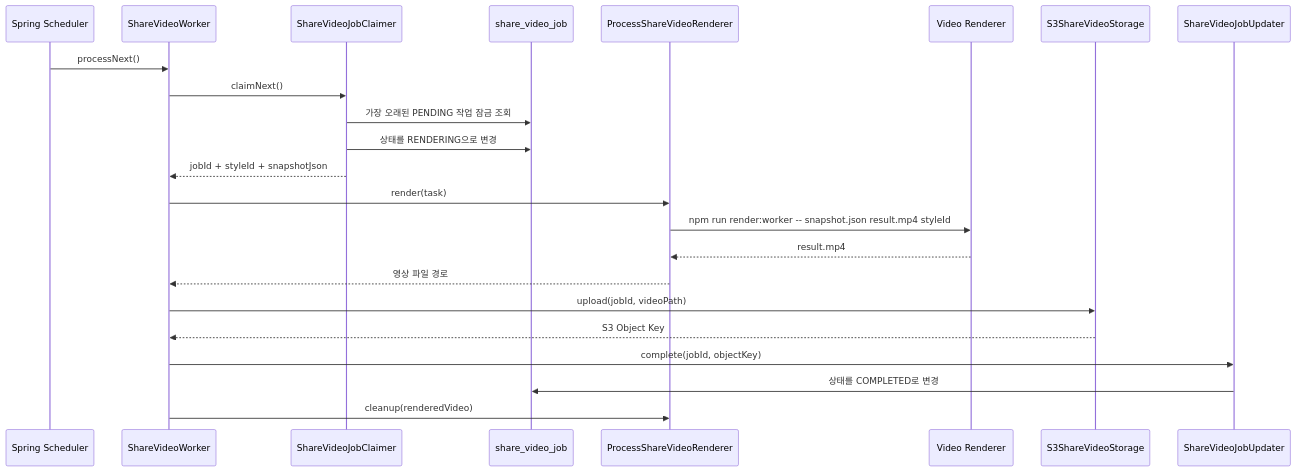
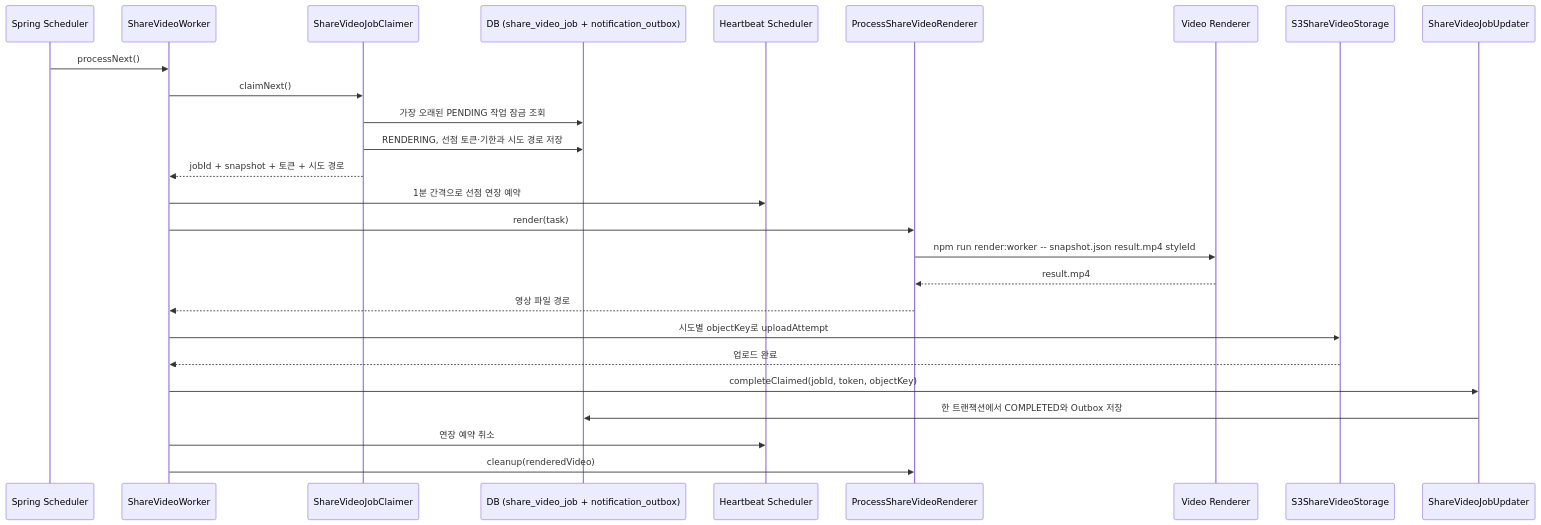
One commit to woowacourse-teams/2026-Mapmory changed the first of 3 diagrams in backend/docs/share-video-timeline.md. Above: the diagram before and after it, drawn with Mermaid. The commit also changed other lines of this file and 10 other files, not shown here.

````diff
--- a/backend/docs/share-video-timeline.md
+++ b/backend/docs/share-video-timeline.md
@@ -188,26 +188,29 @@
 ```mermaid
 sequenceDiagram
     participant Scheduler as Spring Scheduler
     participant Worker as ShareVideoWorker
     participant Claimer as ShareVideoJobClaimer
-    participant DB as share_video_job
+    participant DB as DB (share_video_job + notification_outbox)
+    participant Heartbeat as Heartbeat Scheduler
     participant Renderer as ProcessShareVideoRenderer
     participant Remotion as Video Renderer
     participant S3 as S3ShareVideoStorage
     participant Updater as ShareVideoJobUpdater
 
     Scheduler->>Worker: processNext()
     Worker->>Claimer: claimNext()
     Claimer->>DB: 가장 오래된 PENDING 작업 잠금 조회
-    Claimer->>DB: 상태를 RENDERING으로 변경
-    Claimer-->>Worker: jobId + styleId + snapshotJson
+    Claimer->>DB: RENDERING, 선점 토큰·기한과 시도 경로 저장
+    Claimer-->>Worker: jobId + snapshot + 토큰 + 시도 경로
+    Worker->>Heartbeat: 1분 간격으로 선점 연장 예약
     Worker->>Renderer: render(task)
     Renderer->>Remotion: npm run render:worker -- snapshot.json result.mp4 styleId
     Remotion-->>Renderer: result.mp4
     Renderer-->>Worker: 영상 파일 경로
-    Worker->>S3: upload(jobId, videoPath)
-    S3-->>Worker: S3 Object Key
-    Worker->>Updater: complete(jobId, objectKey)
-    Updater->>DB: 상태를 COMPLETED로 변경
+    Worker->>S3: 시도별 objectKey로 uploadAttempt
+    S3-->>Worker: 업로드 완료
+    Worker->>Updater: completeClaimed(jobId, token, objectKey)
+    Updater->>DB: 한 트랜잭션에서 COMPLETED와 Outbox 저장
+    Worker->>Heartbeat: 연장 예약 취소
     Worker->>Renderer: cleanup(renderedVideo)
 ```
````
